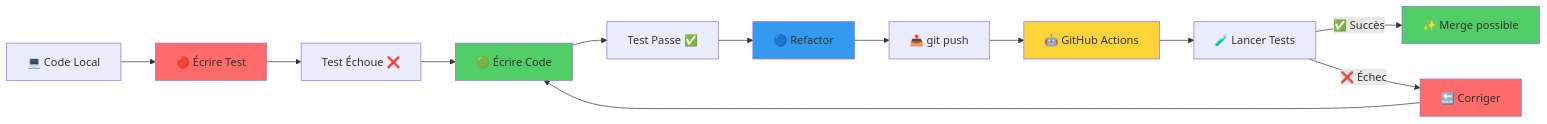
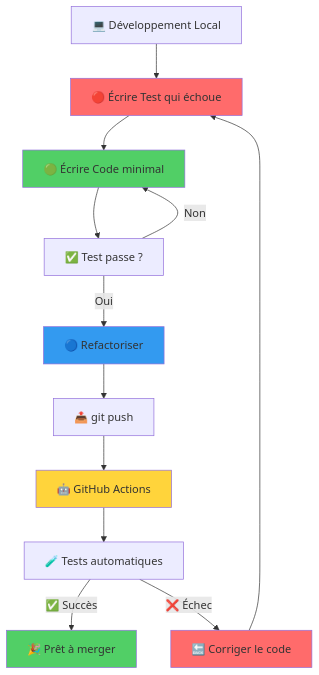
One commit to umons-ig/edl-solution changed the first of 2 diagrams in README.md. Above: the diagram before and after it, drawn with Mermaid. The commit also changed other lines of this file, not shown here.

First line of the commit message:
refactor: simplify Mermaid diagrams to vertical layout

````diff
--- a/README.md
+++ b/README.md
@@ -173,21 +173,21 @@
 ```mermaid
-graph LR
-    A[💻 Code Local] --> B[🔴 Écrire Test]
-    B --> C[Test Échoue ❌]
-    C --> D[🟢 Écrire Code]
-    D --> E[Test Passe ✅]
-    E --> F[🔵 Refactor]
-    F --> G[📤 git push]
-    G --> H[🤖 GitHub Actions]
-    H --> I[🧪 Lancer Tests]
-    I -->|✅ Succès| J[✨ Merge possible]
-    I -->|❌ Échec| K[🔙 Corriger]
-    K --> D
+graph TD
+    A[💻 Développement Local] --> B[🔴 Écrire Test qui échoue]
+    B --> C[🟢 Écrire Code minimal]
+    C --> D[✅ Test passe ?]
+    D -->|Oui| E[🔵 Refactoriser]
+    D -->|Non| C
+    E --> F[📤 git push]
+    F --> G[🤖 GitHub Actions]
+    G --> H[🧪 Tests automatiques]
+    H -->|✅ Succès| I[🎉 Prêt à merger]
+    H -->|❌ Échec| J[🔙 Corriger le code]
+    J --> B
 
     style B fill:#ff6b6b
-    style D fill:#51cf66
-    style F fill:#339af0
-    style H fill:#ffd43b
-    style J fill:#51cf66
-    style K fill:#ff6b6b
+    style C fill:#51cf66
+    style E fill:#339af0
+    style G fill:#ffd43b
+    style I fill:#51cf66
+    style J fill:#ff6b6b
 ```
````
